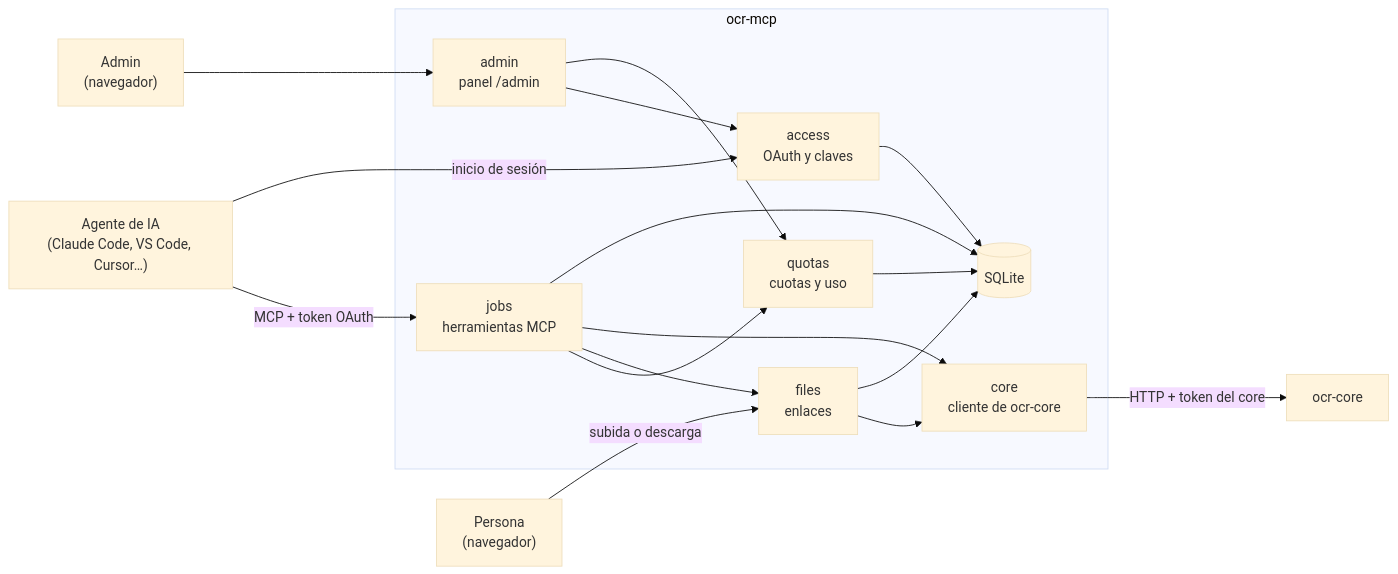
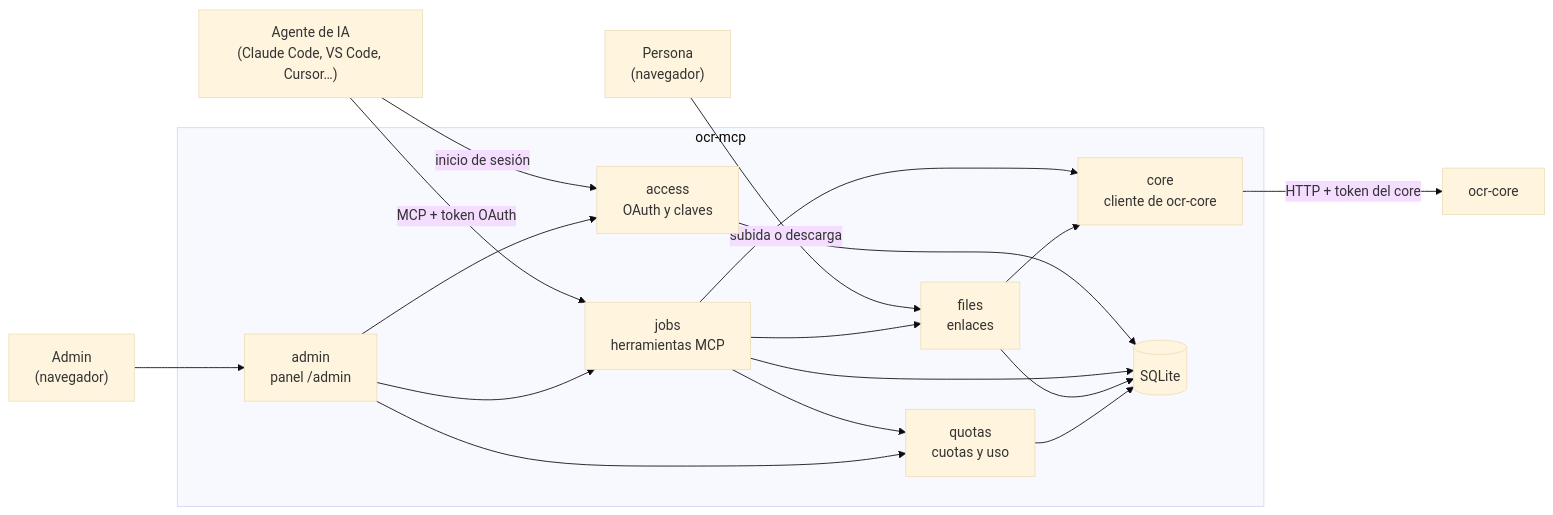
One commit to benjy2976/ocr-mcp changed the first of 2 diagrams in docs/arquitectura.md. Above: the diagram before and after it, drawn with Mermaid (base theme). The commit also changed other lines of this file and 97 other files, not shown here.

````diff
--- a/docs/arquitectura.md
+++ b/docs/arquitectura.md
@@ -28,32 +31,33 @@
 ```mermaid
 flowchart LR
     agente["Agente de IA<br/>(Claude Code, VS Code, Cursor…)"]
     persona["Persona<br/>(navegador)"]
     admin["Admin<br/>(navegador)"]
     subgraph mcp["ocr-mcp"]
         access["access<br/>OAuth y claves"]
         jobs["jobs<br/>herramientas MCP"]
         files["files<br/>enlaces"]
         quotas["quotas<br/>cuotas y uso"]
         panel["admin<br/>panel /admin"]
         core["core<br/>cliente de ocr-core"]
         db[("SQLite")]
     end
     ocrcore["ocr-core"]
 
     agente -- "MCP + token OAuth" --> jobs
     agente -- "inicio de sesión" --> access
     persona -- "subida o descarga" --> files
     admin --> panel
     jobs --> quotas
     jobs --> files
     jobs --> core
     files --> core
     core -- "HTTP + token del core" --> ocrcore
     access --> db
     jobs --> db
     files --> db
     quotas --> db
     panel --> access
     panel --> quotas
+    panel --> jobs
 ```
````
